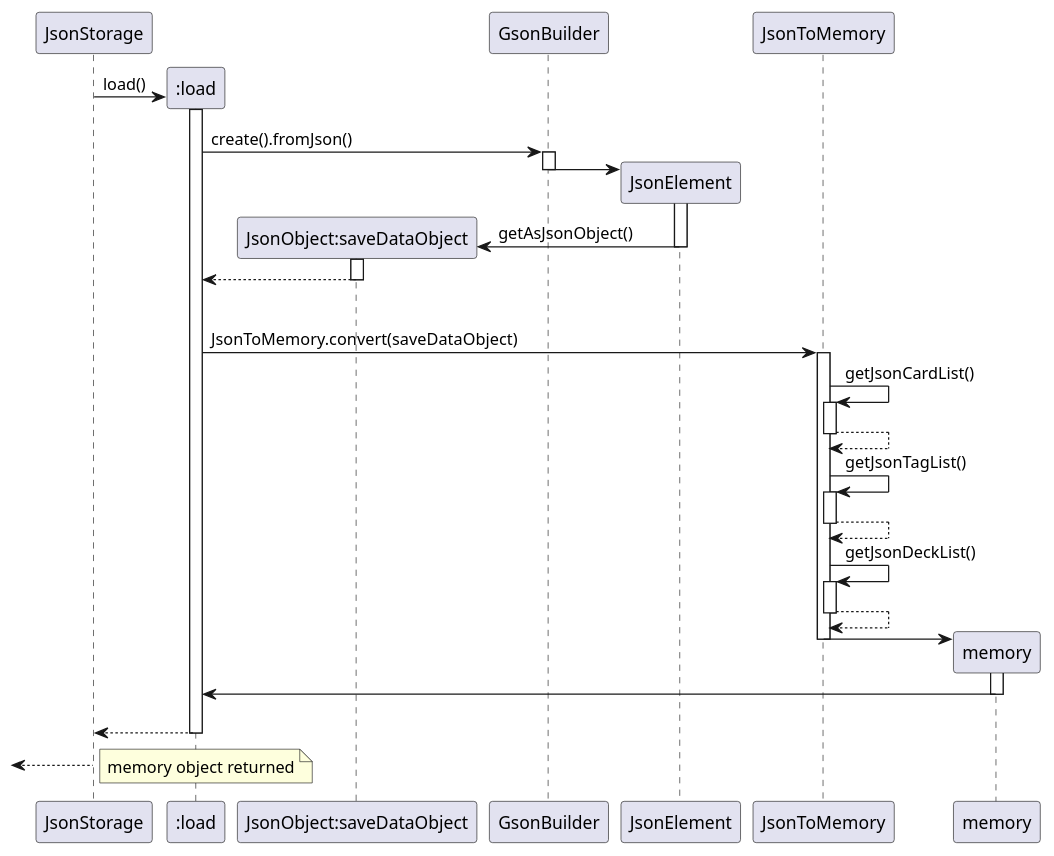
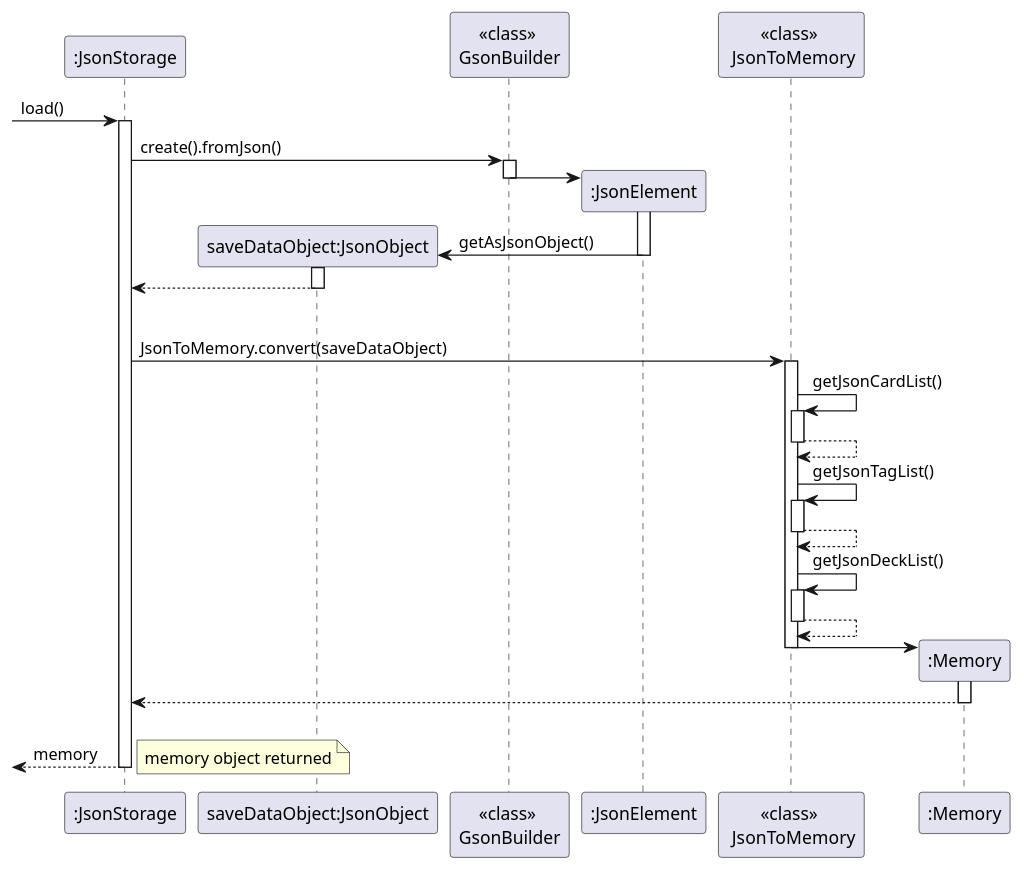
Before and after one commit to nus-cs2113-AY2223S2/tp: the diagram in docs/uml/LoadSequence.puml, drawn with PlantUML. The commit also changed 2 other files, not shown here.

Commit message:
update the sequence diagrams for load and save

```diff
--- a/docs/uml/LoadSequence.puml
+++ b/docs/uml/LoadSequence.puml
@@ -1,74 +1,75 @@
 @startuml
 
 
-participant "JsonStorage" as JsonStorage
-participant ":load" as load
-
-participant "JsonObject:saveDataObject" as saveDataObject
-participant GsonBuilder
-participant JsonElement
-participant "JsonToMemory" as jtm
+participant ":JsonStorage" as JsonStorage
 
 
-create load
-JsonStorage -> load : load()
-activate load
+participant "saveDataObject:JsonObject" as saveDataObject
+participant "<<class>> \nGsonBuilder" as GsonBuilder
+participant ":JsonElement" as JsonElement
+participant "<<class>> \n JsonToMemory" as jtm
+participant ":Memory" as memory
+-> JsonStorage : load()
+activate JsonStorage
 
 
-load -> GsonBuilder : create().fromJson()
+
+
+JsonStorage -> GsonBuilder : create().fromJson()
 activate GsonBuilder
 create JsonElement
 
 GsonBuilder -> JsonElement
 activate JsonElement
 create saveDataObject
 deactivate GsonBuilder
 JsonElement -> saveDataObject : getAsJsonObject()
 deactivate JsonElement
 activate saveDataObject
-saveDataObject --> load
+saveDataObject --> JsonStorage
 deactivate saveDataObject
 
 alt valid save file
 
-load -> jtm :JsonToMemory.convert(saveDataObject)
+JsonStorage -> jtm :JsonToMemory.convert(saveDataObject)
 activate jtm
 
 
 
 jtm -> jtm++ :getJsonCardList()
 return
 jtm -> jtm++ :getJsonTagList()
 return
 jtm -> jtm++ :getJsonDeckList()
 return
 
 create memory
 jtm -> memory
 deactivate jtm
 activate memory
- memory -> load
+ memory --> JsonStorage
 deactivate memory
 
 else benis
 
 
 
-load --> JsonStorage
 
-deactivate load
+
+
 
 
 
 
 
 
 participant "Memory:memory" as memory
-<-- JsonStorage
+<-- JsonStorage : memory
 
 note right : memory object returned
+deactivate JsonStorage
 
 
 
 
 @enduml
```
